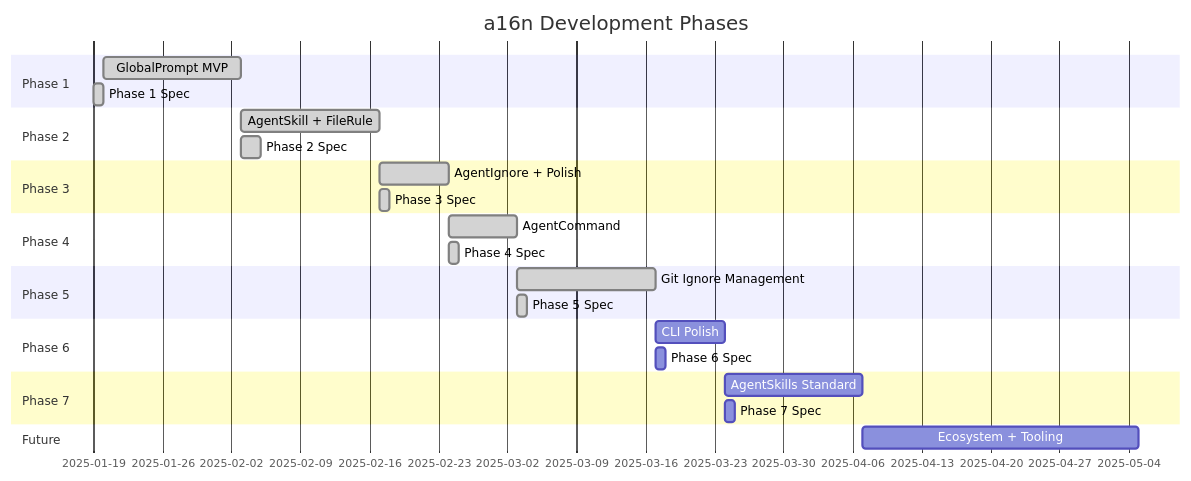
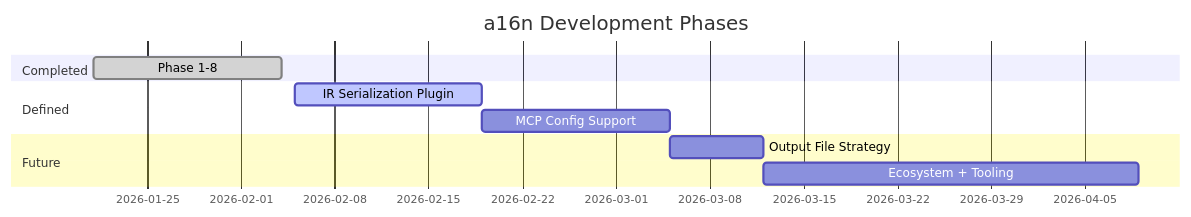
The diagram in planning/ROADMAP.md (Texarkanine/a16n), drawn with Mermaid before and after one commit. The commit also changed other lines of this file and 4 other files, not shown here.

````diff
--- a/planning/ROADMAP.md
+++ b/planning/ROADMAP.md
@@ -7,28 +9,13 @@
 ```mermaid
 gantt
     title a16n Development Phases
     dateFormat  YYYY-MM-DD
-    section Phase 1
-        GlobalPrompt MVP           :done, p1, 2025-01-20, 2w
-        Phase 1 Spec               :done, p1spec, 2025-01-19, 1d
-    section Phase 2
-        AgentSkill + FileRule      :done, p2, after p1, 2w
-        Phase 2 Spec               :done, p2spec, after p1, 2d
-    section Phase 3
-        AgentIgnore + Polish       :done, p3, after p2, 1w
-        Phase 3 Spec               :done, p3spec, after p2, 1d
-    section Phase 4
-        AgentCommand               :done, p4, after p3, 1w
-        Phase 4 Spec               :done, p4spec, after p3, 1d
-    section Phase 5
-        Git Ignore Management      :done, p5, after p4, 2w
-        Phase 5 Spec               :done, p5spec, after p4, 1d
-    section Phase 6
-        CLI Polish                 :p6, after p5, 1w
-        Phase 6 Spec               :p6spec, after p5, 1d
-    section Phase 7
-        AgentSkills Standard       :p7, after p6, 2w
-        Phase 7 Spec               :p7spec, after p6, 1d
+    section Completed
+        Phase 1-8                :done, p1to8, 2026-01-21, 2w
+    section Defined
+        IR Serialization Plugin  :active, p9, 2026-02-05, 2w
+        MCP Config Support       :p10, after p9, 2w
     section Future
-        Ecosystem + Tooling        :p8, after p7, 4w
+        Output File Strategy     :pOFS, after p10, 1w
+        Ecosystem + Tooling      :pEco, after pOFS, 4w
 ```
````
